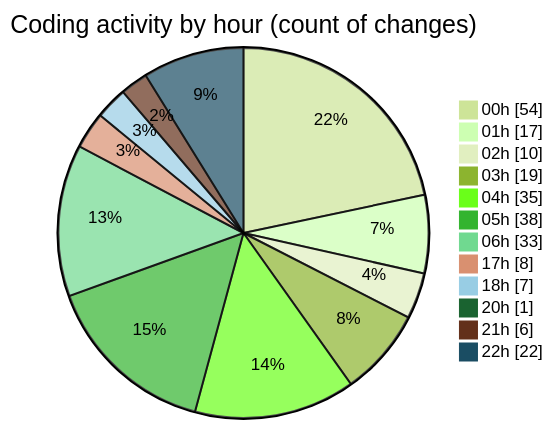
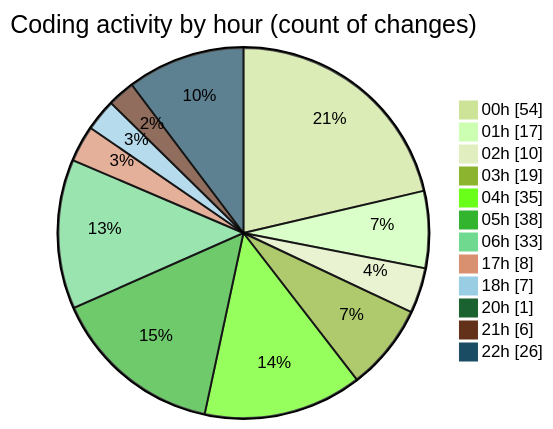
One commit to lephambinh05/code-tracking changed the second of 2 diagrams in 2025-07-26/quanlyrapchieuphim-1/README.md. Above: the diagram before and after it, drawn with Mermaid (forest theme). The commit also changed other lines of this file and 1 other file, not shown here.

````diff
--- a/2025-07-26/quanlyrapchieuphim-1/README.md
+++ b/2025-07-26/quanlyrapchieuphim-1/README.md
@@ -53,16 +53,16 @@
 ```mermaid
 pie showData
 title Coding activity by hour (count of changes)
 "00h" : 54
 "01h" : 17
 "02h" : 10
 "03h" : 19
 "04h" : 35
 "05h" : 38
 "06h" : 33
 "17h" : 8
 "18h" : 7
 "20h" : 1
 "21h" : 6
-"22h" : 22
+"22h" : 26
 ```
````
